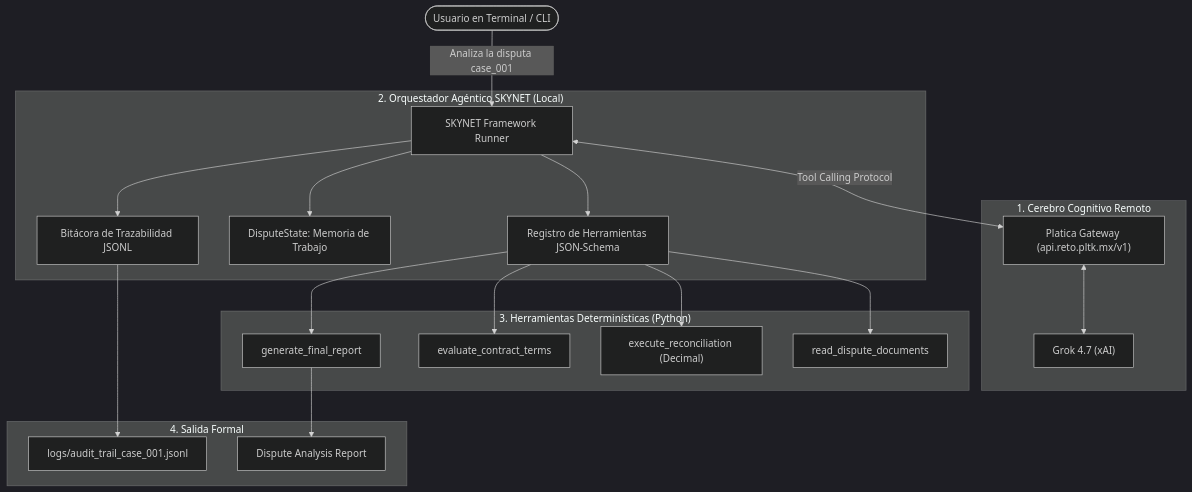
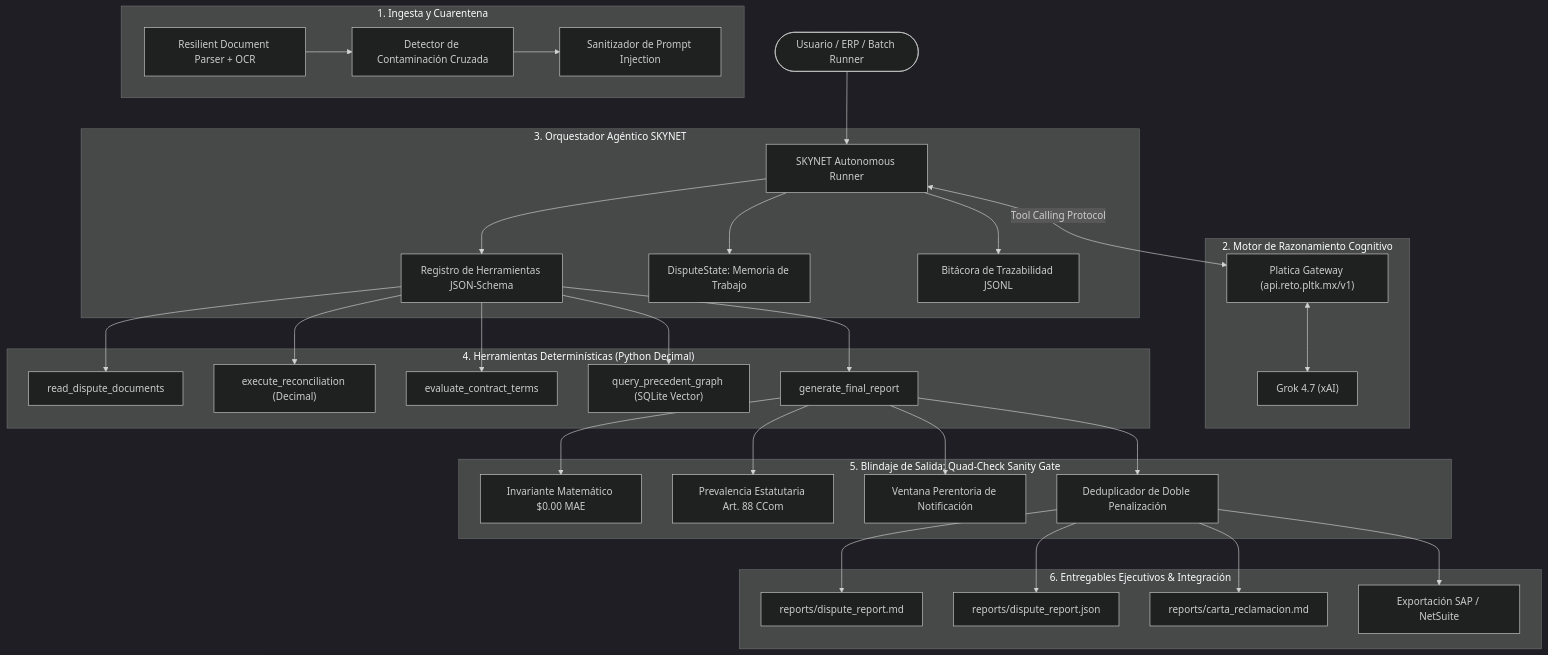
One commit to Jsebastiansalas/SupplyMind-AI changed the diagram in README.md. Above: the diagram before and after it, drawn with Mermaid (dark theme). The commit also changed other lines of this file and 150 other files, not shown here.

````diff
--- a/README.md
+++ b/README.md
@@ -77,29 +109,47 @@
 ```mermaid
 graph TD
-    User([Usuario en Terminal / CLI]) -->|"Analiza la disputa case_001"| Runner[SKYNET Framework Runner]
+    User([Usuario / ERP / Batch Runner]) --> Runner[SKYNET Autonomous Runner]
     
-    subgraph "1. Cerebro Cognitivo Remoto"
+    subgraph "1. Ingesta y Cuarentena"
+        ResilientParser[Resilient Document Parser + OCR]
+        AntiContamination[Detector de Contaminación Cruzada]
+        PromptSanitizer[Sanitizador de Prompt Injection]
+        ResilientParser --> AntiContamination
+        AntiContamination --> PromptSanitizer
+    end
+    
+    subgraph "2. Motor de Razonamiento Cognitivo"
         PlaticaGateway["Platica Gateway (api.reto.pltk.mx/v1)"]
         Grok["Grok 4.7 (xAI)"]
         PlaticaGateway <--> Grok
     end
     
-    subgraph "2. Orquestador Agéntico SKYNET (Local)"
+    subgraph "3. Orquestador Agéntico SKYNET"
         Runner <-->|Tool Calling Protocol| PlaticaGateway
         Runner --> ToolRegistry[Registro de Herramientas JSON-Schema]
         Runner --> StateMem[DisputeState: Memoria de Trabajo]
         Runner --> AuditLog[Bitácora de Trazabilidad JSONL]
     end
     
-    subgraph "3. Herramientas Determinísticas (Python)"
+    subgraph "4. Herramientas Determinísticas (Python Decimal)"
         ToolRegistry --> T1["read_dispute_documents"]
         ToolRegistry --> T2["execute_reconciliation (Decimal)"]
         ToolRegistry --> T3["evaluate_contract_terms"]
-        ToolRegistry --> T4["generate_final_report"]
+        ToolRegistry --> T4["query_precedent_graph (SQLite Vector)"]
+        ToolRegistry --> T5["generate_final_report"]
     end
     
-    subgraph "4. Salida Formal"
-        T4 --> Report[Dispute Analysis Report]
-        AuditLog --> AuditTrail[logs/audit_trail_case_001.jsonl]
+    subgraph "5. Blindaje de Salida: Quad-Check Sanity Gate"
+        T5 --> SG_Math[Invariante Matemático $0.00 MAE]
+        T5 --> SG_Legal[Prevalencia Estatutaria Art. 88 CCom]
+        T5 --> SG_Window[Ventana Perentoria de Notificación]
+        T5 --> SG_Double[Deduplicador de Doble Penalización]
+    end
+    
+    subgraph "6. Entregables Ejecutivos & Integración"
+        SG_Double --> ReportMD["reports/dispute_report.md"]
+        SG_Double --> ReportJSON["reports/dispute_report.json"]
+        SG_Double --> DemandLetter["reports/carta_reclamacion.md"]
+        SG_Double --> ERPPayload["Exportación SAP / NetSuite"]
     end
 ```
````
